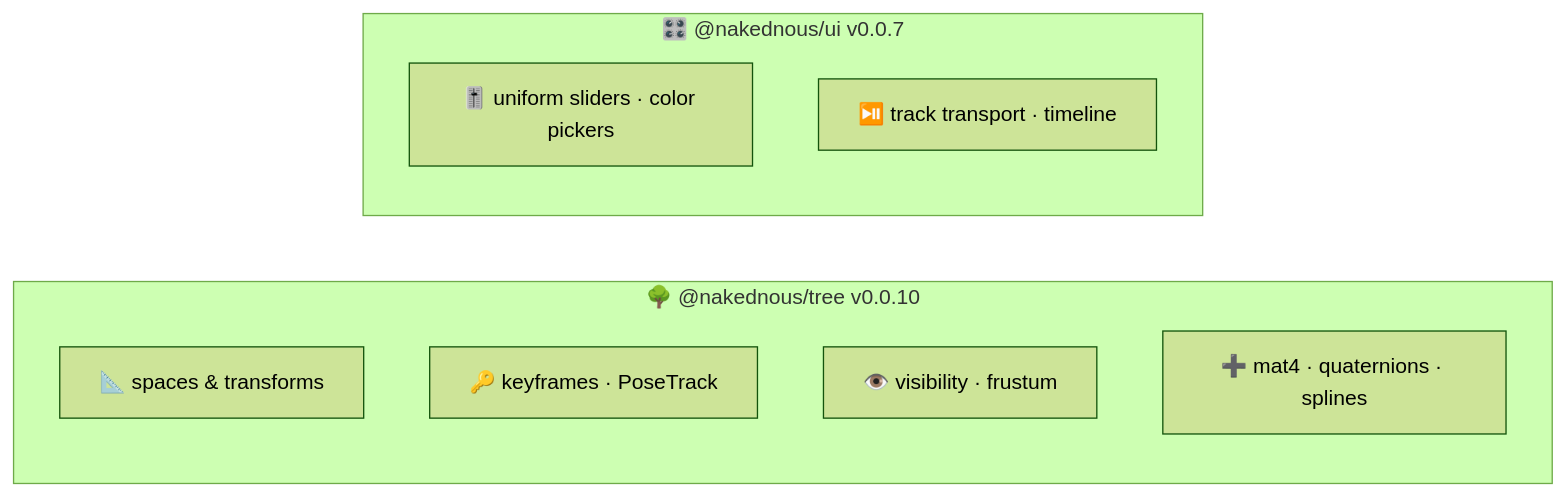
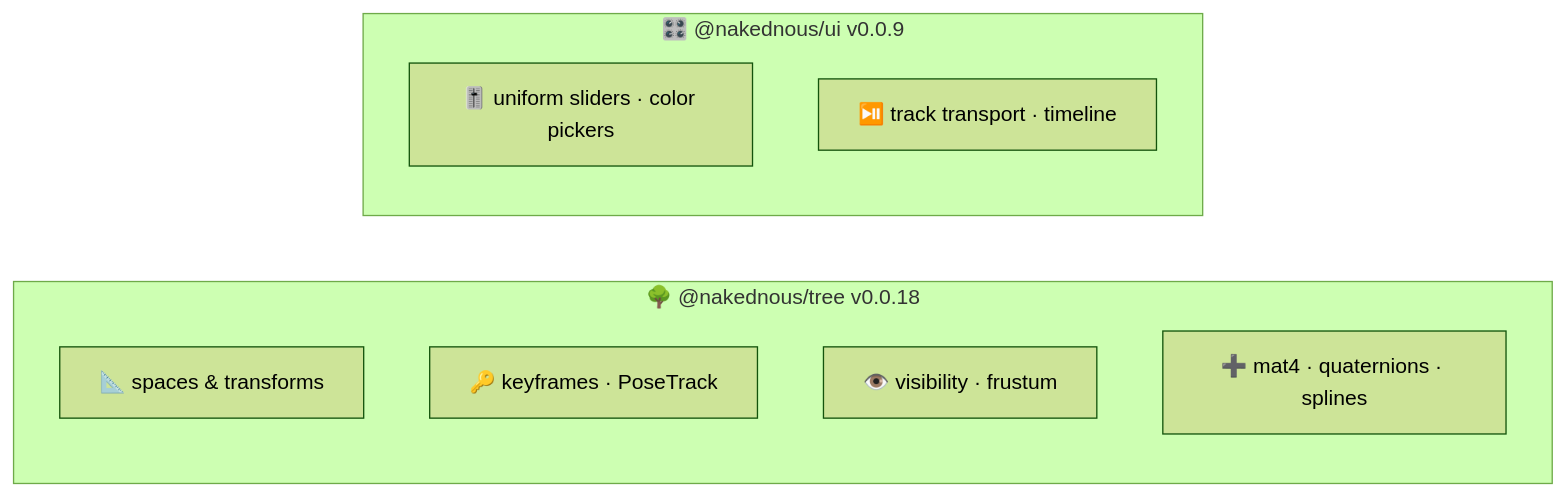
Before and after one commit to ABJ-d/tree: the second of 8 diagrams in slides.md, drawn with Mermaid (forest theme). The commit also changed other lines of this file and 221 other files, not shown here.

````diff
--- a/slides.md
+++ b/slides.md
@@ -74,14 +74,14 @@
 ```mermaid
 flowchart LR
-  subgraph T["🌳 @nakednous/tree v0.0.10"]
+  subgraph T["🌳 @nakednous/tree v0.0.18"]
     t1["📐 spaces & transforms"]
     t2["🔑 keyframes · PoseTrack"]
     t3["👁️ visibility · frustum"]
     t4["➕ mat4 · quaternions · splines"]
   end
 
-  subgraph U["🎛️ @nakednous/ui v0.0.7"]
+  subgraph U["🎛️ @nakednous/ui v0.0.9"]
     u1["🎚️ uniform sliders · color pickers"]
     u2["⏯️ track transport · timeline"]
   end
 ```
````
